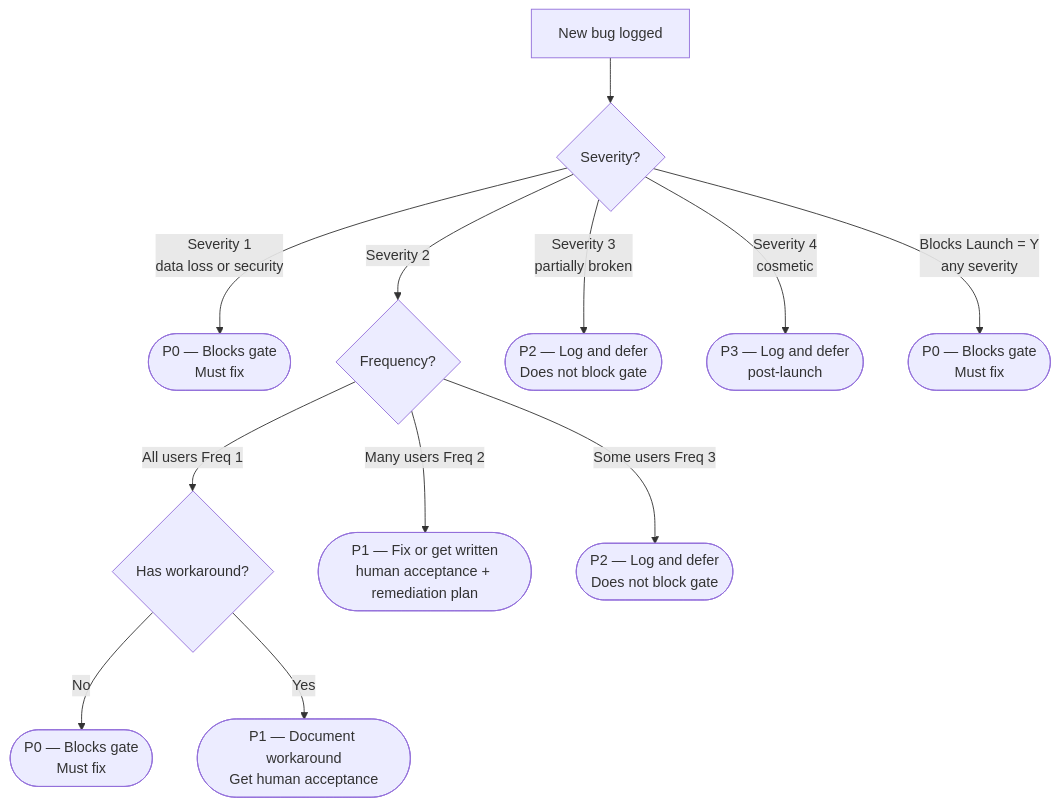
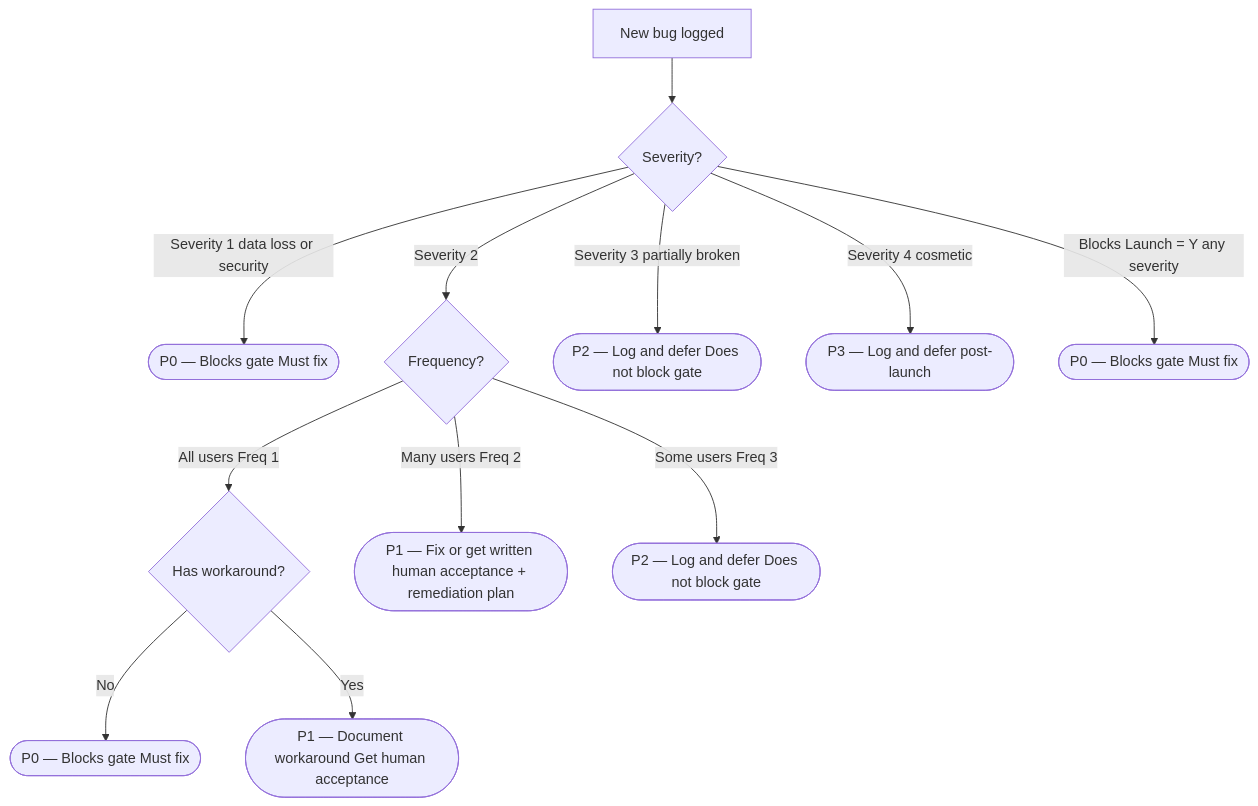
Before and after one commit to ivanyeors/product-agentic-templates: the fourth of 5 diagrams in .cursor/skills/00-product-workflow/pm-prioritization.md, drawn with Mermaid. The commit also changed other lines of this file and 39 other files, not shown here.

````diff
--- a/.cursor/skills/00-product-workflow/pm-prioritization.md
+++ b/.cursor/skills/00-product-workflow/pm-prioritization.md
@@ -244,14 +245,14 @@
 ```mermaid
 flowchart TD
     bug[New bug logged] --> sev{Severity?}
-    sev -->|Severity 1\ndata loss or security| p0a([P0 — Blocks gate\nMust fix])
+    sev -->|Severity 1 data loss or security| p0a([P0 — Blocks gate Must fix])
     sev -->|Severity 2| freq{Frequency?}
     freq -->|All users Freq 1| wa{Has workaround?}
-    wa -->|No| p0b([P0 — Blocks gate\nMust fix])
-    wa -->|Yes| p1a([P1 — Document workaround\nGet human acceptance])
-    freq -->|Many users Freq 2| p1b([P1 — Fix or get written\nhuman acceptance + remediation plan])
-    freq -->|Some users Freq 3| p2a([P2 — Log and defer\nDoes not block gate])
-    sev -->|Severity 3\npartially broken| p2b([P2 — Log and defer\nDoes not block gate])
-    sev -->|Severity 4\ncosmetic| p3([P3 — Log and defer\npost-launch])
-    sev -->|Blocks Launch = Y\nany severity| p0c([P0 — Blocks gate\nMust fix])
+    wa -->|No| p0b([P0 — Blocks gate Must fix])
+    wa -->|Yes| p1a([P1 — Document workaround Get human acceptance])
+    freq -->|Many users Freq 2| p1b([P1 — Fix or get written human acceptance + remediation plan])
+    freq -->|Some users Freq 3| p2a([P2 — Log and defer Does not block gate])
+    sev -->|Severity 3 partially broken| p2b([P2 — Log and defer Does not block gate])
+    sev -->|Severity 4 cosmetic| p3([P3 — Log and defer post-launch])
+    sev -->|Blocks Launch = Y any severity| p0c([P0 — Blocks gate Must fix])
 ```
````
